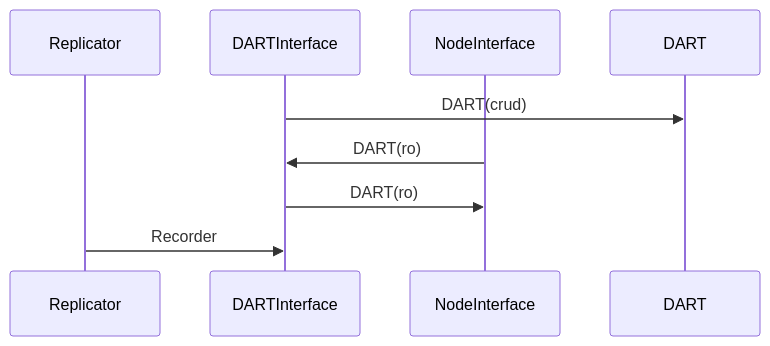
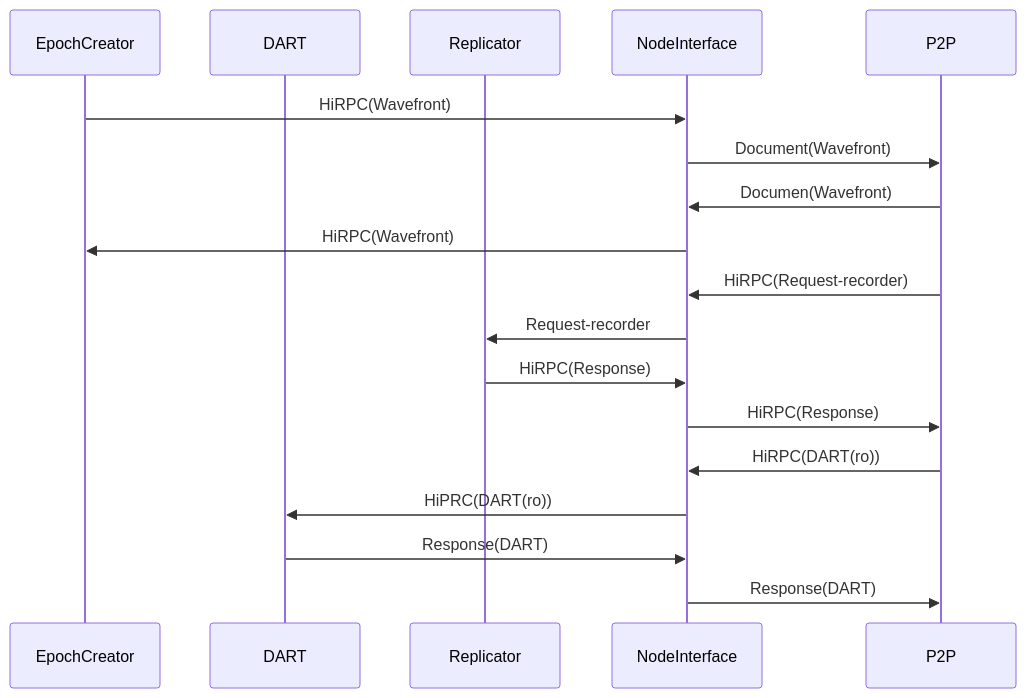
Before and after one commit to tagion/tagion: the diagram in documents/architecture/NodeInterface.md, drawn with Mermaid. The commit also changed other lines of this file, not shown here.

Commit message:
DOC: Node Interface

````diff
--- a/documents/architecture/NodeInterface.md
+++ b/documents/architecture/NodeInterface.md
@@ -10,10 +13,21 @@
 ```mermaid
 sequenceDiagram
+    participant EpochCreator 
+    participant DART
     participant Replicator 
-    participant DARTInterface 
-    participant NodeInterface 
-    DARTInterface ->> DART: DART(crud)
-    NodeInterface ->> DARTInterface: DART(ro)
-    DARTInterface ->> NodeInterface: DART(ro)
-    Replicator ->> DARTInterface: Recorder
+    participant NodeInterface
+	EpochCreator ->> NodeInterface: HiRPC(Wavefront)
+	NodeInterface ->> P2P: Document(Wavefront)
+	P2P ->> NodeInterface: Documen(Wavefront)
+	NodeInterface ->> EpochCreator: HiRPC(Wavefront)
+	P2P ->> NodeInterface: HiRPC(Request-recorder)
+	NodeInterface ->> Replicator: Request-recorder
+	Replicator ->> NodeInterface: HiRPC(Response)
+	NodeInterface ->> P2P: HiRPC(Response)
+	P2P ->> NodeInterface: HiRPC(DART(ro))
+	NodeInterface ->> DART: HiPRC(DART(ro))
+
+	DART ->> NodeInterface : Response(DART)
+	NodeInterface ->> P2P: Response(DART) 
+
 ```
````
